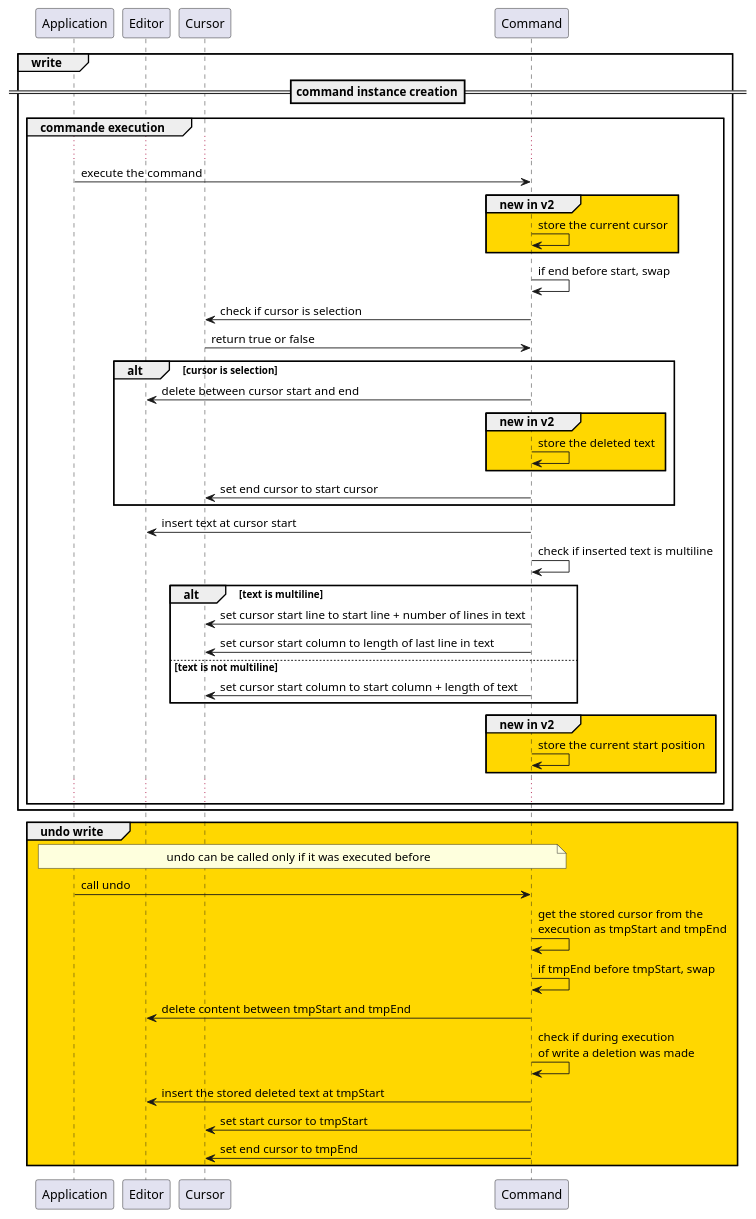
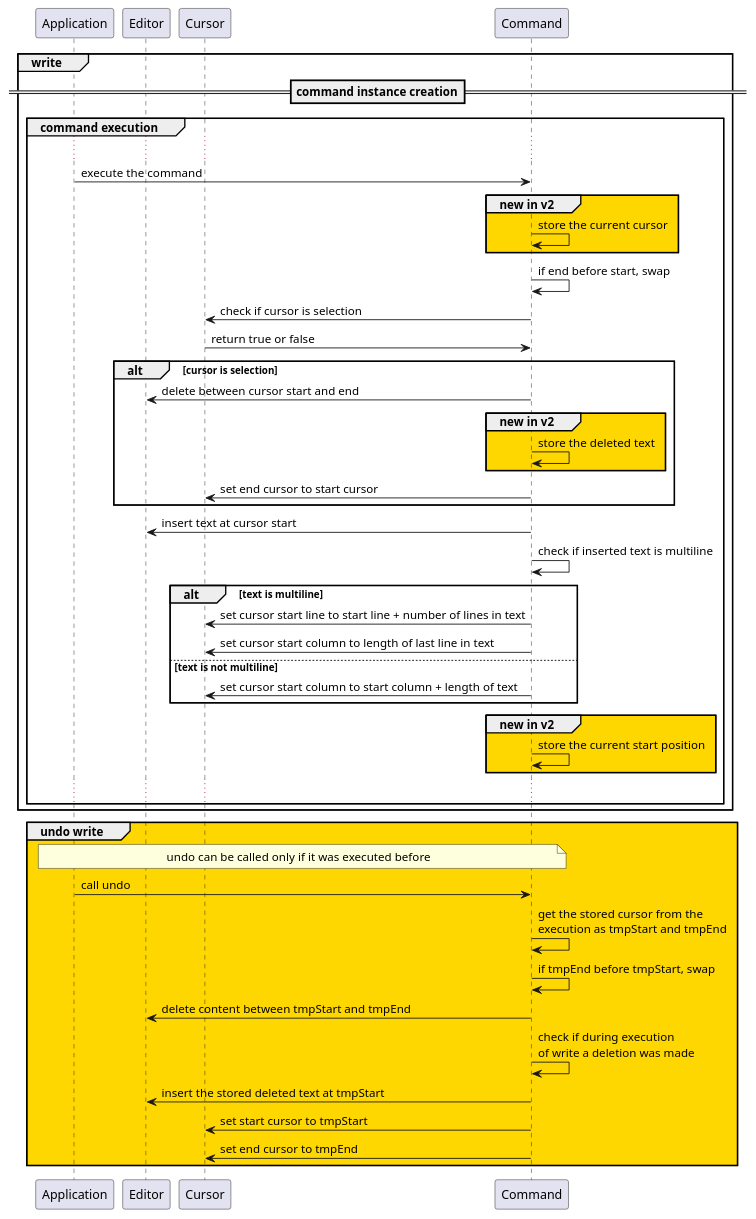
The seventh of 9 diagrams in README.md (CodyAdam/another-useless-text-editor), drawn with PlantUML before and after one commit. The commit also changed other lines of this file, not shown here.

````diff
--- a/README.md
+++ b/README.md
@@ -804,52 +804,52 @@
 ```plantuml
 @startuml
 participant Application as app
 participant Editor as edit
 participant Cursor as cur
 participant Command as com
 
 group write
     ==command instance creation==
-    group commande execution
+    group command execution
     ...
         app -> com: execute the command
         group #gold new in v2
             com -> com : store the current cursor
         end
         com -> com: if end before start, swap
         com -> cur: check if cursor is selection
         cur -> com: return true or false
         alt cursor is selection
             com -> edit: delete between cursor start and end
             group #gold new in v2
                 com -> com : store the deleted text
             end
             com -> cur: set end cursor to start cursor
         end
         com -> edit: insert text at cursor start
         com -> com: check if inserted text is multiline
         alt text is multiline
             com -> cur: set cursor start line to start line + number of lines in text
             com -> cur: set cursor start column to length of last line in text
         else text is not multiline
             com -> cur: set cursor start column to start column + length of text
         end
         group #gold new in v2
             com -> com : store the current start position
         end
     ...
     end
 end
 group #gold undo write
 note across: undo can be called only if it was executed before
     app -> com: call undo
     com -> com: get the stored cursor from the \nexecution as tmpStart and tmpEnd
     com -> com: if tmpEnd before tmpStart, swap
     com -> edit: delete content between tmpStart and tmpEnd
     com -> com: check if during execution \nof write a deletion was made
     com -> edit: insert the stored deleted text at tmpStart
     com -> cur: set start cursor to tmpStart
     com -> cur: set end cursor to tmpEnd
 end
 @enduml
 ```
````
